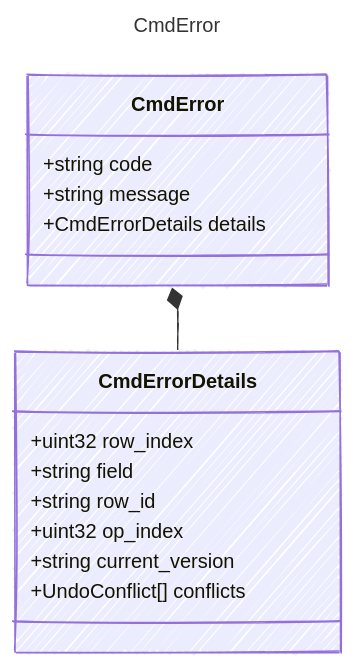
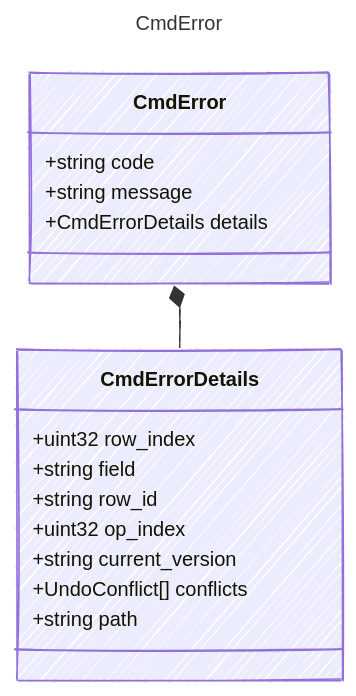
Before and after one commit to sethjuarez/cutready: the diagram in contracts/generated/markdown/CmdError.md, drawn with Mermaid. The commit also changed 41 other files, not shown here.

````diff
--- a/contracts/generated/markdown/CmdError.md
+++ b/contracts/generated/markdown/CmdError.md
@@ -14,25 +14,26 @@
 ```mermaid
 ---
 title: CmdError
 config:
   look: handDrawn
   theme: colorful
   class:
     hideEmptyMembersBox: true
 ---
 classDiagram
     class CmdError {
         +string code
         +string message
         +CmdErrorDetails details
     }
     class CmdErrorDetails {
         +uint32 row_index
         +string field
         +string row_id
         +uint32 op_index
         +string current_version
         +UndoConflict[] conflicts
+        +string path
     }
     CmdError *-- CmdErrorDetails
 ```
````
